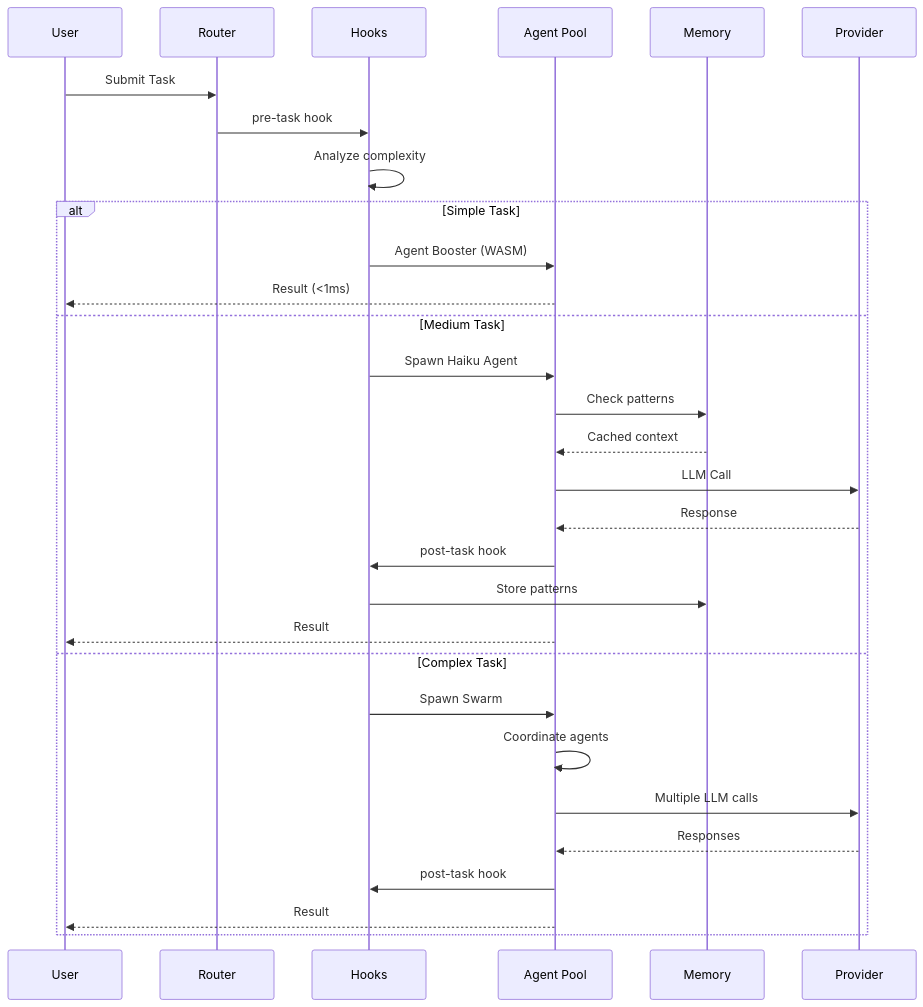
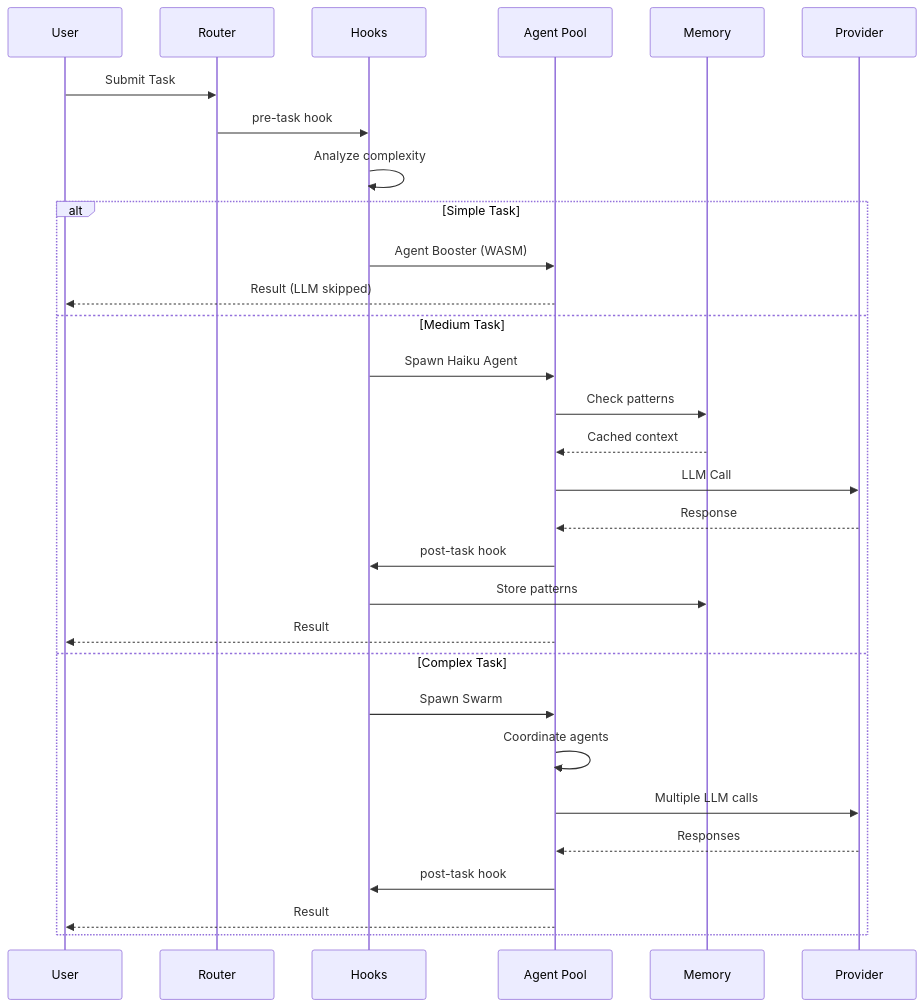
Before and after one commit to hypnwtykvmpr/hive-flow: the third of 6 diagrams in README.md, drawn with Mermaid. The commit also changed other lines of this file, not shown here.

````diff
--- a/README.md
+++ b/README.md
@@ -912,34 +865,34 @@
 ```mermaid
 sequenceDiagram
     participant U as User
     participant R as Router
     participant H as Hooks
     participant A as Agent Pool
     participant M as Memory
     participant P as Provider
 
     U->>R: Submit Task
     R->>H: pre-task hook
     H->>H: Analyze complexity
 
     alt Simple Task
         H->>A: Agent Booster (WASM)
-        A-->>U: Result (<1ms)
+        A-->>U: Result (LLM skipped)
     else Medium Task
         H->>A: Spawn Haiku Agent
         A->>M: Check patterns
         M-->>A: Cached context
         A->>P: LLM Call
         P-->>A: Response
         A->>H: post-task hook
         H->>M: Store patterns
         A-->>U: Result
     else Complex Task
         H->>A: Spawn Swarm
         A->>A: Coordinate agents
         A->>P: Multiple LLM calls
         P-->>A: Responses
         A->>H: post-task hook
         A-->>U: Result
     end
 ```
````
